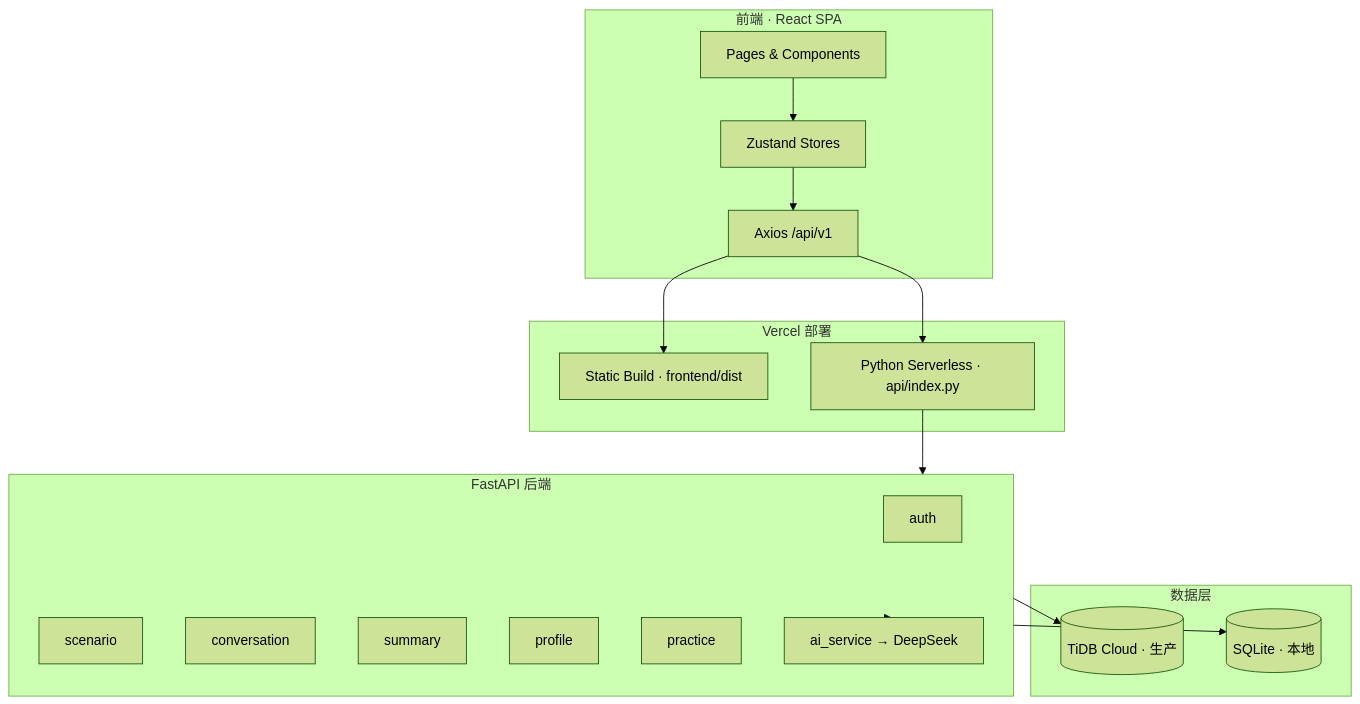
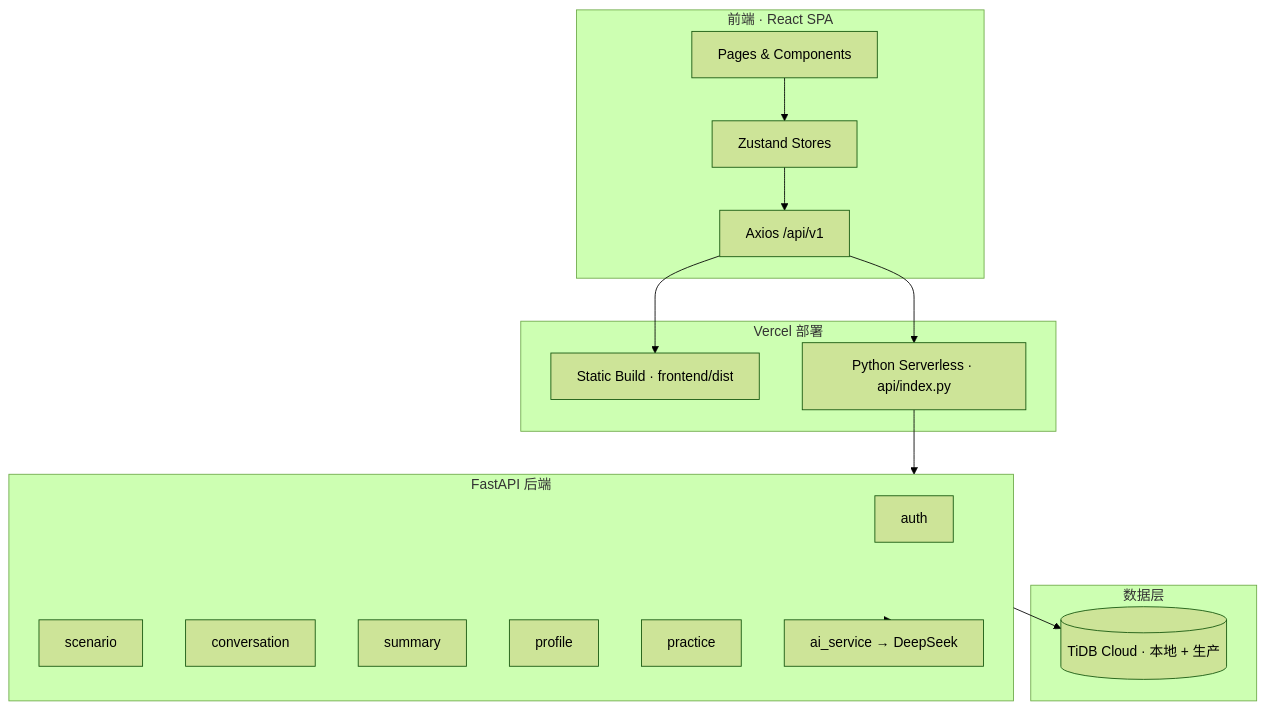
The second of 2 diagrams in README.md (daidai5210/TalkMate), drawn with Mermaid (forest theme) before and after one commit. The commit also changed other lines of this file and 5 other files, not shown here.

````diff
--- a/README.md
+++ b/README.md
@@ -271,36 +271,34 @@
 ```mermaid
 flowchart TB
     subgraph Client["前端 · React SPA"]
         UI[Pages & Components]
         Store[Zustand Stores]
         API_Layer[Axios /api/v1]
     end
 
     subgraph Vercel["Vercel 部署"]
         Static[Static Build · frontend/dist]
         Serverless[Python Serverless · api/index.py]
     end
 
     subgraph Backend["FastAPI 后端"]
         Auth[auth]
         Scenario[scenario]
         Conv[conversation]
         Summary[summary]
         Profile[profile]
         Practice[practice]
         AI[ai_service → DeepSeek]
     end
 
     subgraph Data["数据层"]
-        TiDB[(TiDB Cloud · 生产)]
-        SQLite[(SQLite · 本地)]
+        TiDB[(TiDB Cloud · 本地 + 生产)]
     end
 
     UI --> Store --> API_Layer
     API_Layer --> Static
     API_Layer --> Serverless
     Serverless --> Backend
     Backend --> AI
     Backend --> TiDB
-    Backend --> SQLite
 ```
````
